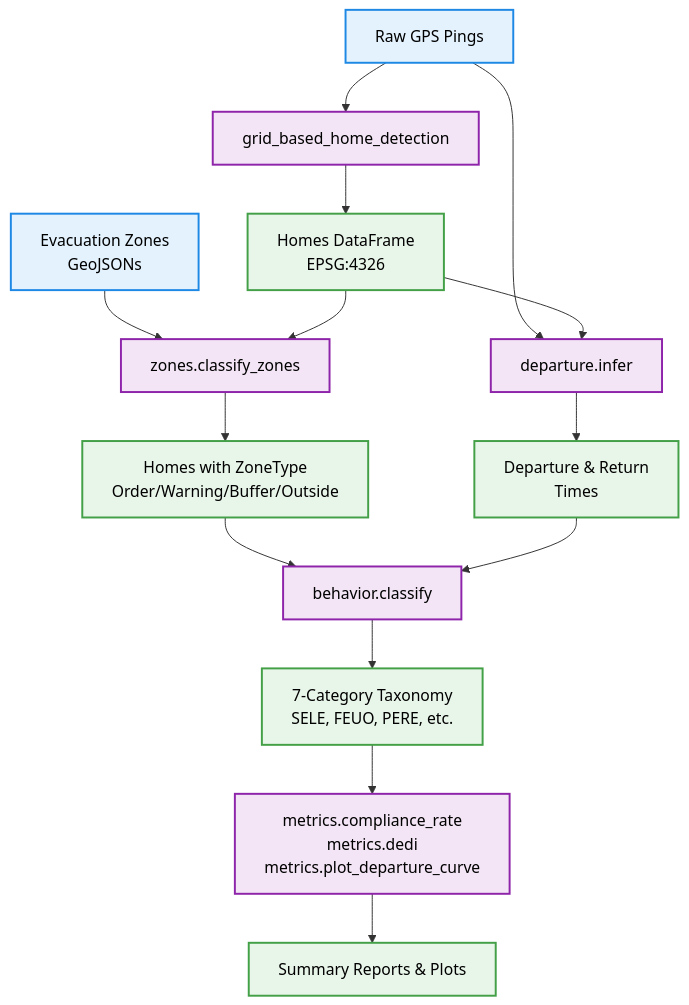
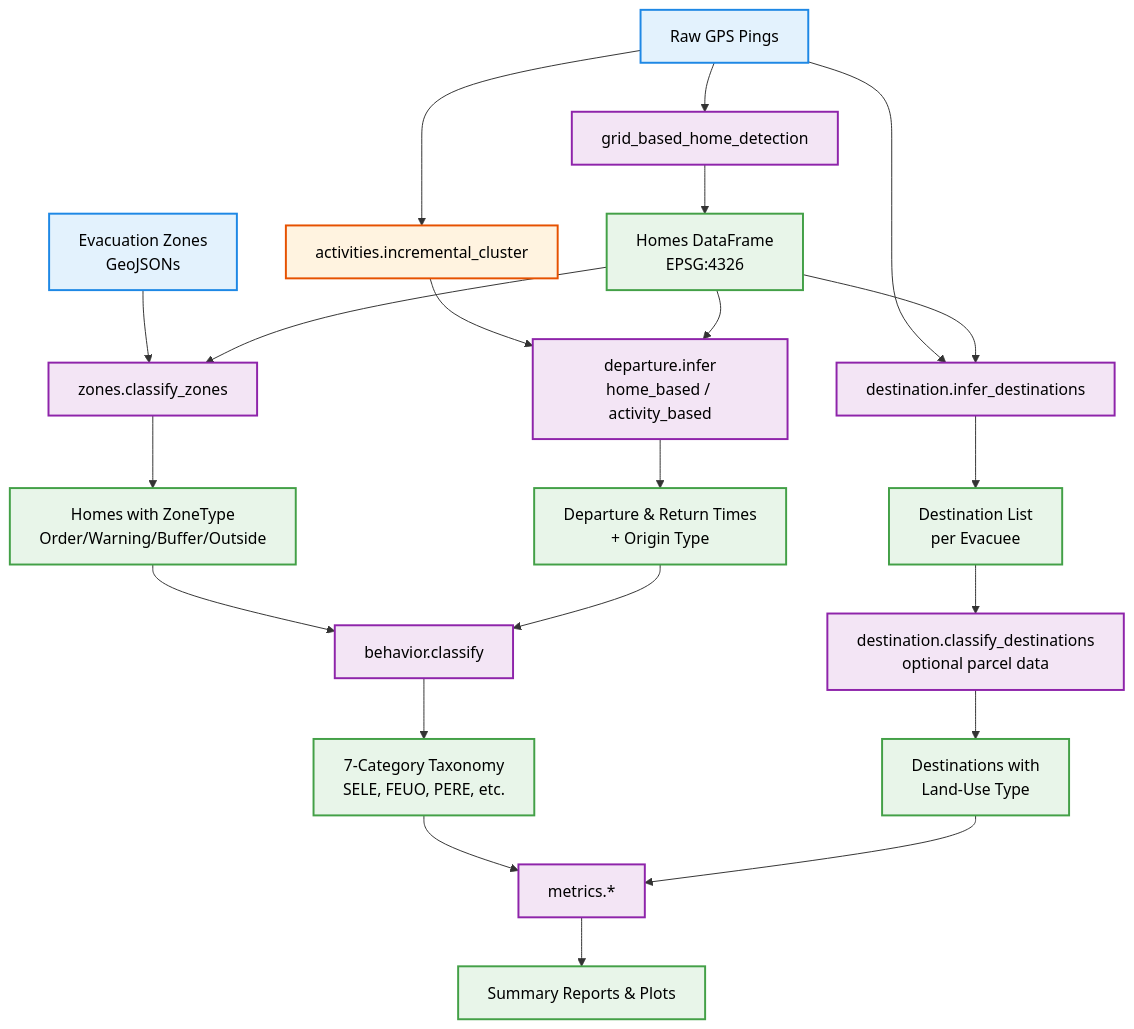
The first of 2 diagrams in ARCHITECTURE.md (SERMOS-LAB/ember), drawn with Mermaid before and after one commit. The commit also changed other lines of this file and 13 other files, not shown here.

````diff
--- a/ARCHITECTURE.md
+++ b/ARCHITECTURE.md
@@ -7,24 +7,33 @@
 ```mermaid
 graph TD
     classDef io fill:#e3f2fd,stroke:#1e88e5,stroke-width:2px,color:#000
     classDef compute fill:#f3e5f5,stroke:#8e24aa,stroke-width:2px,color:#000
     classDef output fill:#e8f5e9,stroke:#43a047,stroke-width:2px,color:#000
+    classDef shared fill:#fff3e0,stroke:#e65100,stroke-width:2px,color:#000
     
     A[Raw GPS Pings]:::io --> B
     B[grid_based_home_detection]:::compute --> C[Homes DataFrame<br>EPSG:4326]:::output
     
     D[Evacuation Zones<br>GeoJSONs]:::io --> E
     C --> E[zones.classify_zones]:::compute
     E --> F[Homes with ZoneType<br>Order/Warning/Buffer/Outside]:::output
     
-    A --> G[departure.infer]:::compute
+    A --> ACT[activities.incremental_cluster]:::shared
+    ACT --> G[departure.infer<br>home_based / activity_based]:::compute
     C --> G
-    G --> H[Departure &amp; Return<br>Times]:::output
+    G --> H[Departure &amp; Return Times<br>+ Origin Type]:::output
     
     F --> I
     H --> I[behavior.classify]:::compute
     I --> J[7-Category Taxonomy<br>SELE, FEUO, PERE, etc.]:::output
     
-    J --> K[metrics.compliance_rate<br>metrics.dedi<br>metrics.plot_departure_curve]:::compute
+    A --> DES[destination.infer_destinations]:::compute
+    C --> DES
+    DES --> DLIST[Destination List<br>per Evacuee]:::output
+    DLIST --> DCLS[destination.classify_destinations<br>optional parcel data]:::compute
+    DCLS --> DTYPE[Destinations with<br>Land-Use Type]:::output
+    
+    J --> K[metrics.*]:::compute
+    DTYPE --> K
     K --> L[Summary Reports &amp; Plots]:::output
 ```
````
